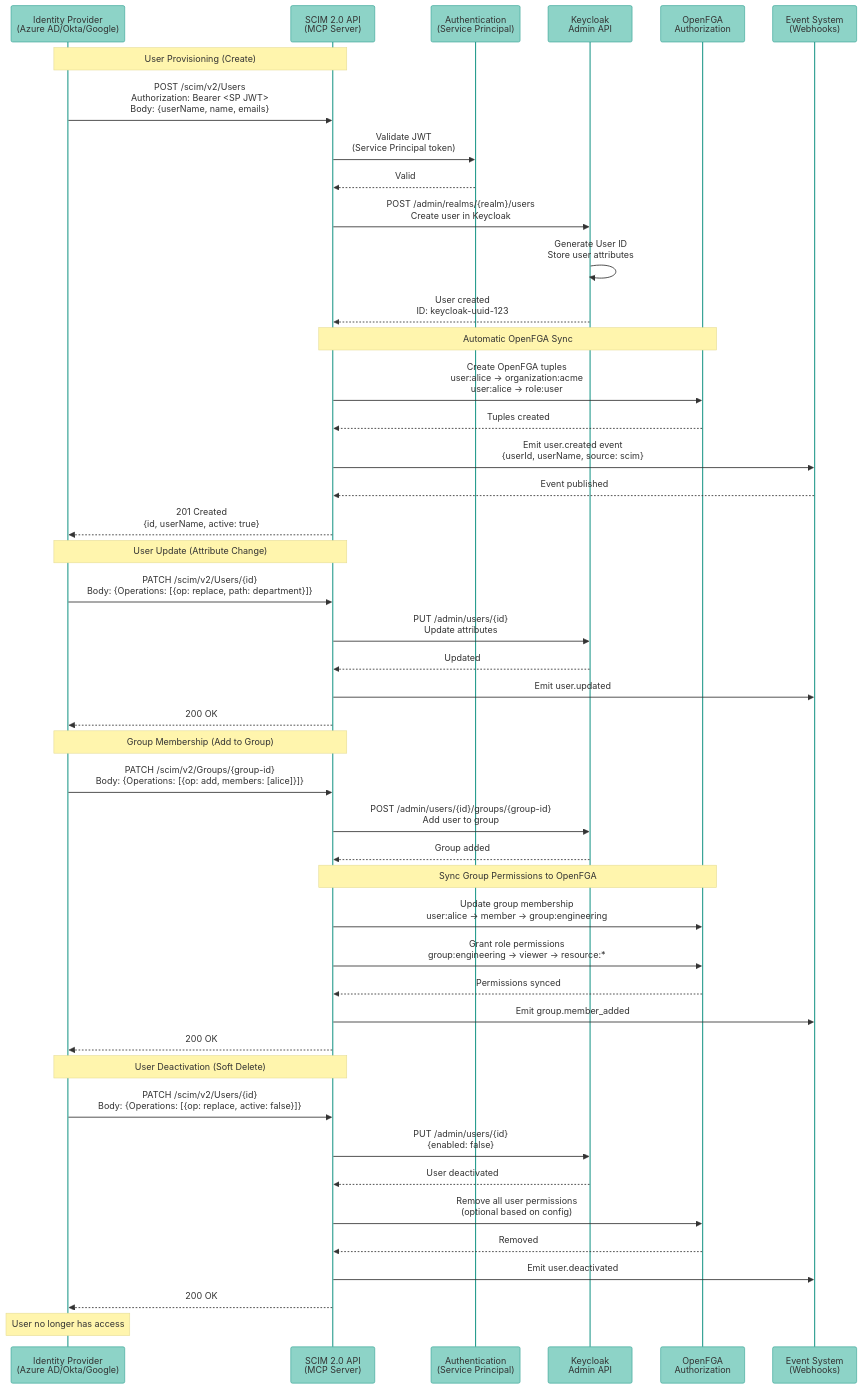
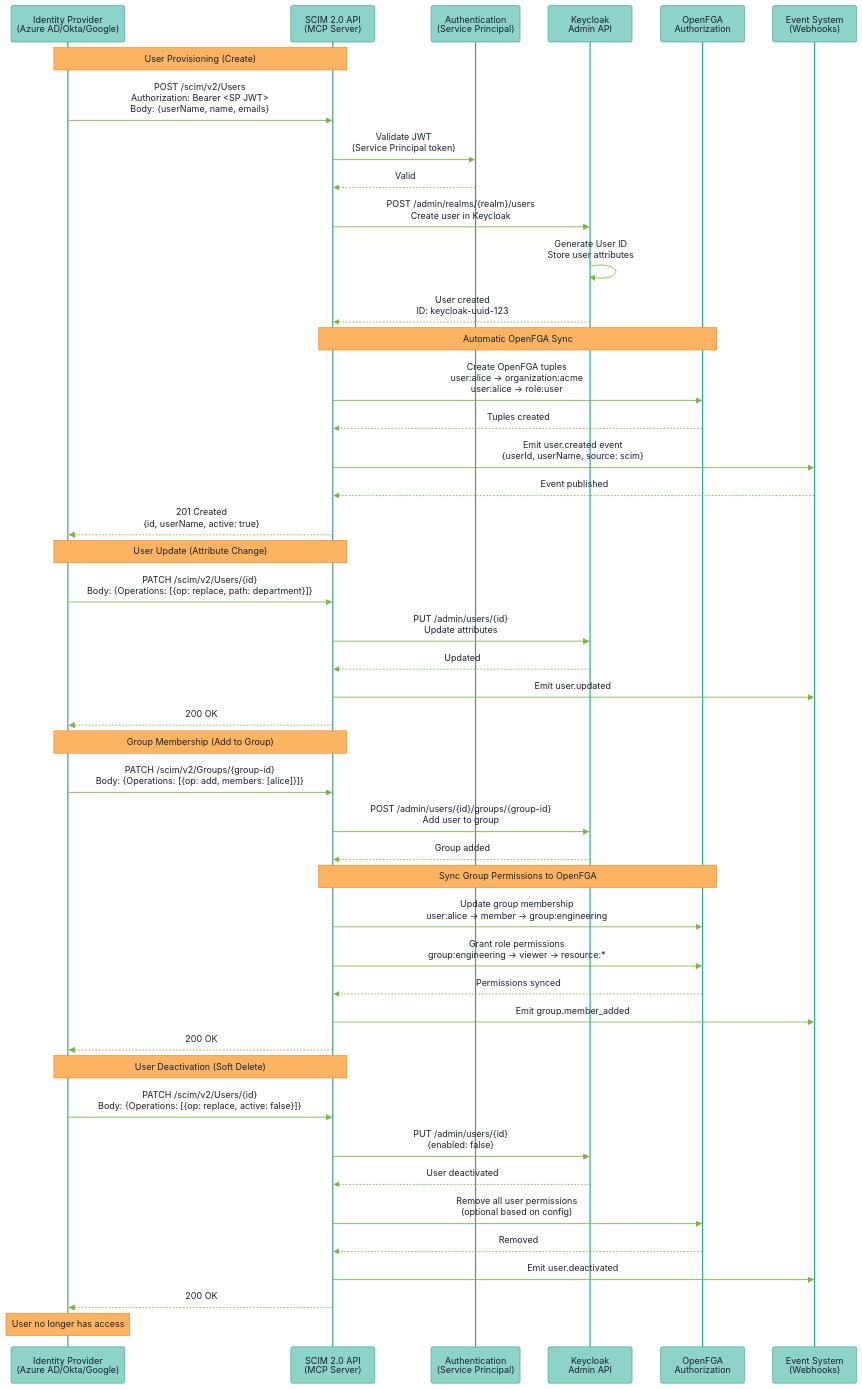
The first of 2 diagrams in docs/architecture/adr-0038-scim-implementation.mdx (vishnu2kmohan/mcp-server-langgraph), drawn with Mermaid before and after one commit. The commit also changed other lines of this file and 20 other files, not shown here.

First line of the commit message:
feat(docs): complete Mermaid diagram optimization - dark mode + ASCII conversions

````diff
--- a/docs/architecture/adr-0038-scim-implementation.mdx
+++ b/docs/architecture/adr-0038-scim-implementation.mdx
@@ -43,62 +43,62 @@
 ```mermaid
 sequenceDiagram
-    %%{init: {'theme':'base', 'themeVariables': { 'primaryColor':'#8dd3c7','primaryTextColor':'#333','primaryBorderColor':'#2a9d8f','lineColor':'#fb8072','secondaryColor':'#fdb462','tertiaryColor':'#b3de69'}}}%%
+    %%{init: {'theme':'base', 'themeVariables': {'primaryColor':'#8dd3c7','primaryTextColor':'#1a202c','primaryBorderColor':'#2a9d8f','lineColor':'#fb8072','secondaryColor':'#fdb462','tertiaryColor':'#b3de69','actorBkg':'#8dd3c7','actorBorder':'#2a9d8f','actorTextColor':'#1a202c','actorLineColor':'#2a9d8f','signalColor':'#7cb342','signalTextColor':'#1a202c','labelBoxBkgColor':'#fdb462','labelBoxBorderColor':'#e67e22','labelTextColor':'#1a202c','noteBorderColor':'#e67e22','noteBkgColor':'#fdb462','noteTextColor':'#1a202c','activationBorderColor':'#7cb342','activationBkgColor':'#b3de69','sequenceNumberColor':'#4a5568'}}}%%
     participant IDP as Identity Provider<br/>(Azure AD/Okta/Google)
     participant SCIM as SCIM 2.0 API<br/>(MCP Server)
     participant Auth as Authentication<br/>(Service Principal)
     participant KC as Keycloak<br/>Admin API
     participant FGA as OpenFGA<br/>Authorization
     participant Events as Event System<br/>(Webhooks)
 
     Note over IDP,SCIM: User Provisioning (Create)
     IDP->>SCIM: POST /scim/v2/Users<br/>Authorization: Bearer <SP JWT><br/>Body: {userName, name, emails}
     SCIM->>Auth: Validate JWT<br/>(Service Principal token)
     Auth-->>SCIM: Valid
 
     SCIM->>KC: POST /admin/realms/{realm}/users<br/>Create user in Keycloak
     KC->>KC: Generate User ID<br/>Store user attributes
     KC-->>SCIM: User created<br/>ID: keycloak-uuid-123
 
     Note over SCIM,FGA: Automatic OpenFGA Sync
     SCIM->>FGA: Create OpenFGA tuples<br/>user:alice → organization:acme<br/>user:alice → role:user
     FGA-->>SCIM: Tuples created
 
     SCIM->>Events: Emit user.created event<br/>{userId, userName, source: scim}
     Events-->>SCIM: Event published
 
     SCIM-->>IDP: 201 Created<br/>{id, userName, active: true}
 
     Note over IDP,SCIM: User Update (Attribute Change)
     IDP->>SCIM: PATCH /scim/v2/Users/{id}<br/>Body: {Operations: [{op: replace, path: department}]}
     SCIM->>KC: PUT /admin/users/{id}<br/>Update attributes
     KC-->>SCIM: Updated
     SCIM->>Events: Emit user.updated
     SCIM-->>IDP: 200 OK
 
     Note over IDP,SCIM: Group Membership (Add to Group)
     IDP->>SCIM: PATCH /scim/v2/Groups/{group-id}<br/>Body: {Operations: [{op: add, members: [alice]}]}
     SCIM->>KC: POST /admin/users/{id}/groups/{group-id}<br/>Add user to group
     KC-->>SCIM: Group added
 
     Note over SCIM,FGA: Sync Group Permissions to OpenFGA
     SCIM->>FGA: Update group membership<br/>user:alice → member → group:engineering
     SCIM->>FGA: Grant role permissions<br/>group:engineering → viewer → resource:*
     FGA-->>SCIM: Permissions synced
 
     SCIM->>Events: Emit group.member_added
     SCIM-->>IDP: 200 OK
 
     Note over IDP,SCIM: User Deactivation (Soft Delete)
     IDP->>SCIM: PATCH /scim/v2/Users/{id}<br/>Body: {Operations: [{op: replace, active: false}]}
     SCIM->>KC: PUT /admin/users/{id}<br/>{enabled: false}
     KC-->>SCIM: User deactivated
 
     SCIM->>FGA: Remove all user permissions<br/>(optional based on config)
     FGA-->>SCIM: Removed
 
     SCIM->>Events: Emit user.deactivated
     SCIM-->>IDP: 200 OK
 
     Note over IDP: User no longer has access
 
 ```
````
